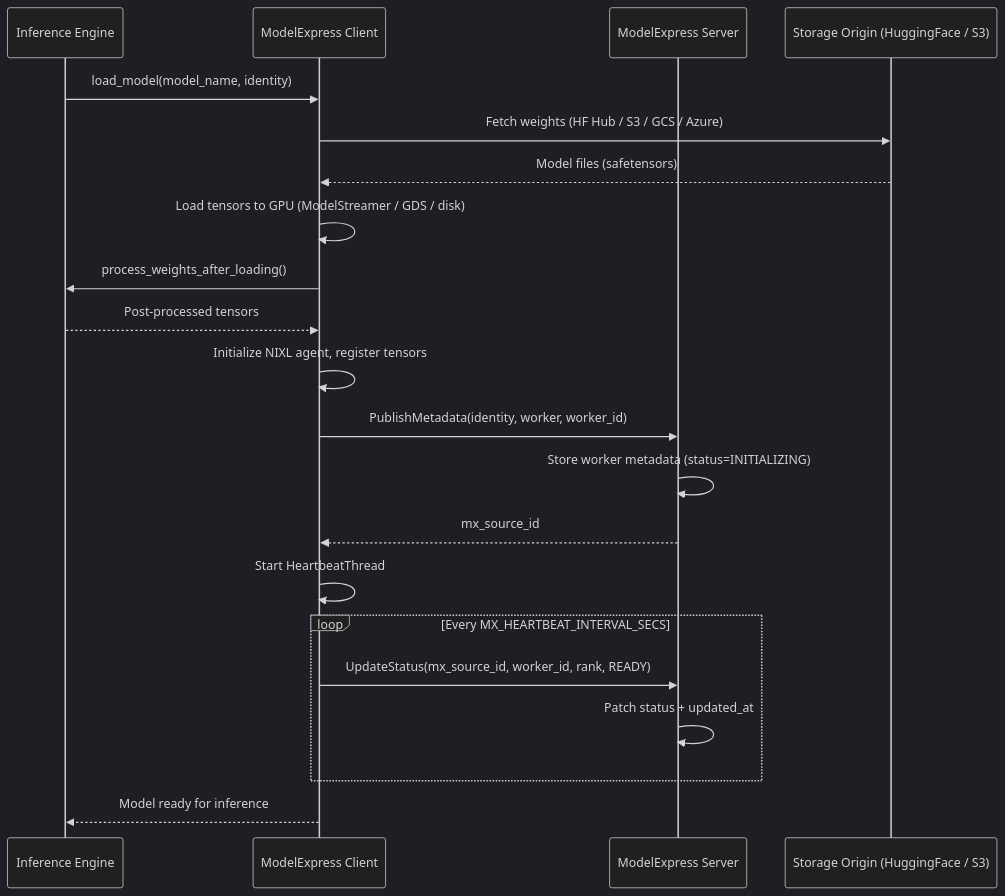
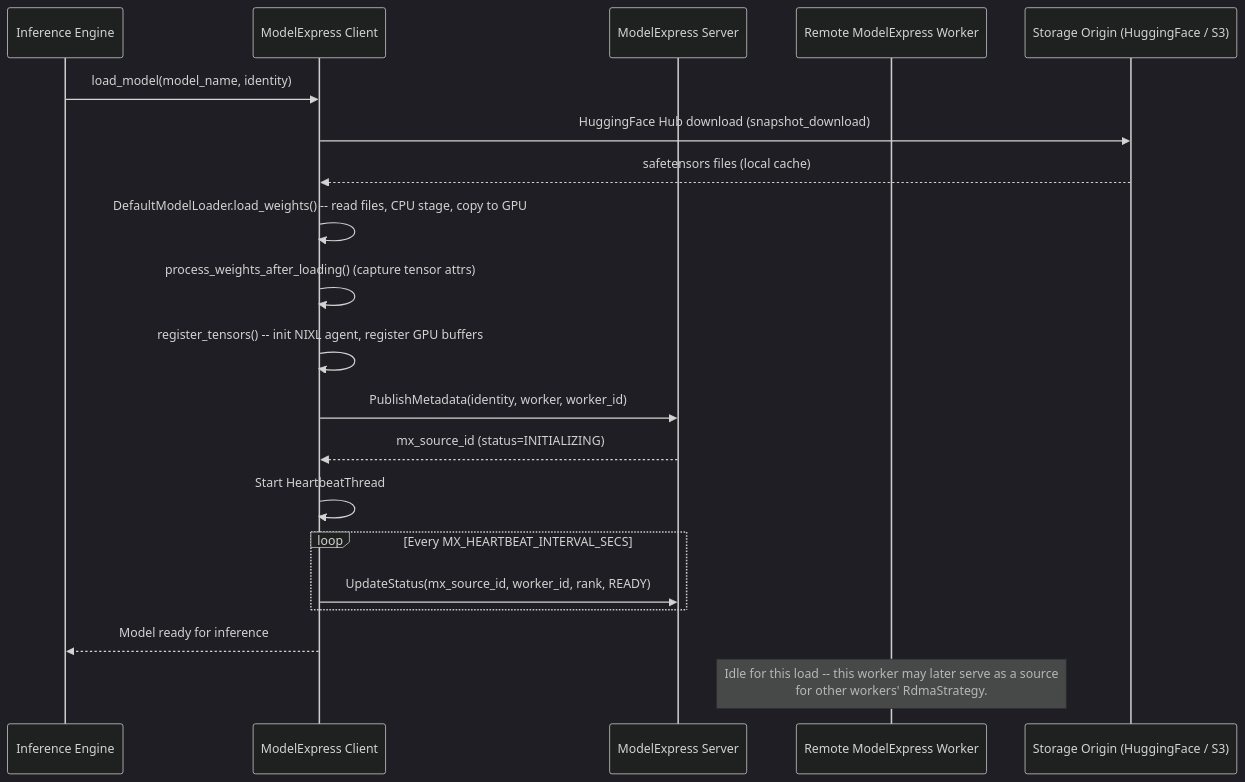
The second of 5 diagrams in docs/metadata.md (gaius-qi/modelexpress), drawn with Mermaid (dark theme) before and after one commit. The commit also changed other lines of this file, not shown here.

First line of the commit message:
docs(metadata): four per-strategy sequence diagrams with five-module separation

````diff
--- a/docs/metadata.md
+++ b/docs/metadata.md
@@ -254,24 +266,23 @@
 ```mermaid
 sequenceDiagram
     participant Engine as Inference Engine
     participant Client as ModelExpress Client
     participant Server as ModelExpress Server
+    participant Remote as Remote ModelExpress Worker
     participant Storage as Storage Origin (HuggingFace / S3)
 
     Engine->>Client: load_model(model_name, identity)
-    Client->>Storage: Fetch weights (HF Hub / S3 / GCS / Azure)
-    Storage-->>Client: Model files (safetensors)
-    Client->>Client: Load tensors to GPU (ModelStreamer / GDS / disk)
-    Client->>Engine: process_weights_after_loading()
-    Engine-->>Client: Post-processed tensors
-    Client->>Client: Initialize NIXL agent, register tensors
+    Client->>Storage: HuggingFace Hub download (snapshot_download)
+    Storage-->>Client: safetensors files (local cache)
+    Client->>Client: DefaultModelLoader.load_weights() -- read files, CPU stage, copy to GPU
+    Client->>Client: process_weights_after_loading() (capture tensor attrs)
+    Client->>Client: register_tensors() -- init NIXL agent, register GPU buffers
     Client->>Server: PublishMetadata(identity, worker, worker_id)
-    Server->>Server: Store worker metadata (status=INITIALIZING)
-    Server-->>Client: mx_source_id
+    Server-->>Client: mx_source_id (status=INITIALIZING)
     Client->>Client: Start HeartbeatThread
     loop Every MX_HEARTBEAT_INTERVAL_SECS
         Client->>Server: UpdateStatus(mx_source_id, worker_id, rank, READY)
-        Server->>Server: Patch status + updated_at
     end
     Client-->>Engine: Model ready for inference
+    Note over Remote: Idle for this load -- this worker may later serve as a source<br/>for other workers' RdmaStrategy.
 ```
````
